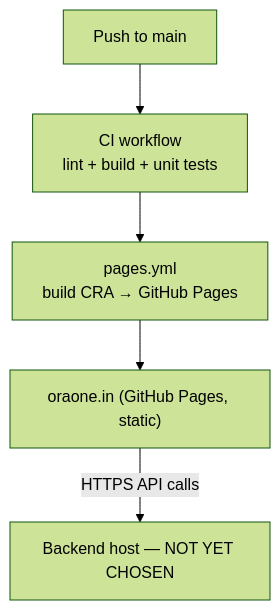
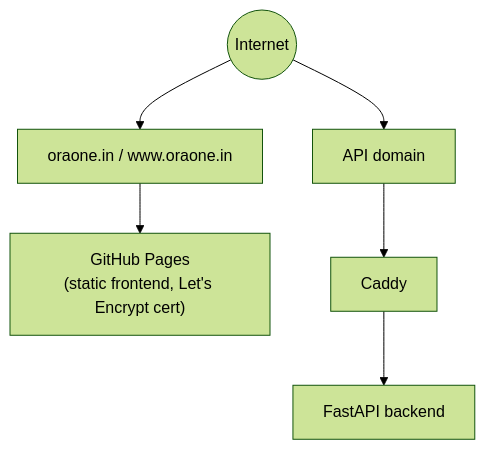
Diagram 13 of 17 in docs/ARCHITECTURE.md (OraOneHQ/oraone-web), drawn with Mermaid (forest theme) before and after one commit. The commit also changed other lines of this file, not shown here.

````diff
--- a/docs/ARCHITECTURE.md
+++ b/docs/ARCHITECTURE.md
@@ -327,7 +470,8 @@
 ```mermaid
 flowchart TD
-    Dev[Push to main] --> CI[CI workflow<br/>lint + build + unit tests]
-    CI --> Pages[pages.yml<br/>build CRA → GitHub Pages]
-    Pages --> Prod["oraone.in (GitHub Pages, static)"]
-    Prod -->|HTTPS API calls| Backend["Backend host — NOT YET CHOSEN"]
+    Internet((Internet)) --> DNS1["oraone.in / www.oraone.in"]
+    DNS1 --> GHPages["GitHub Pages<br/>(static frontend, Let's Encrypt cert)"]
+    Internet --> DNS2["API domain"]
+    DNS2 --> Caddy2["Caddy"]
+    Caddy2 --> FastAPI2["FastAPI backend"]
 ```
````
